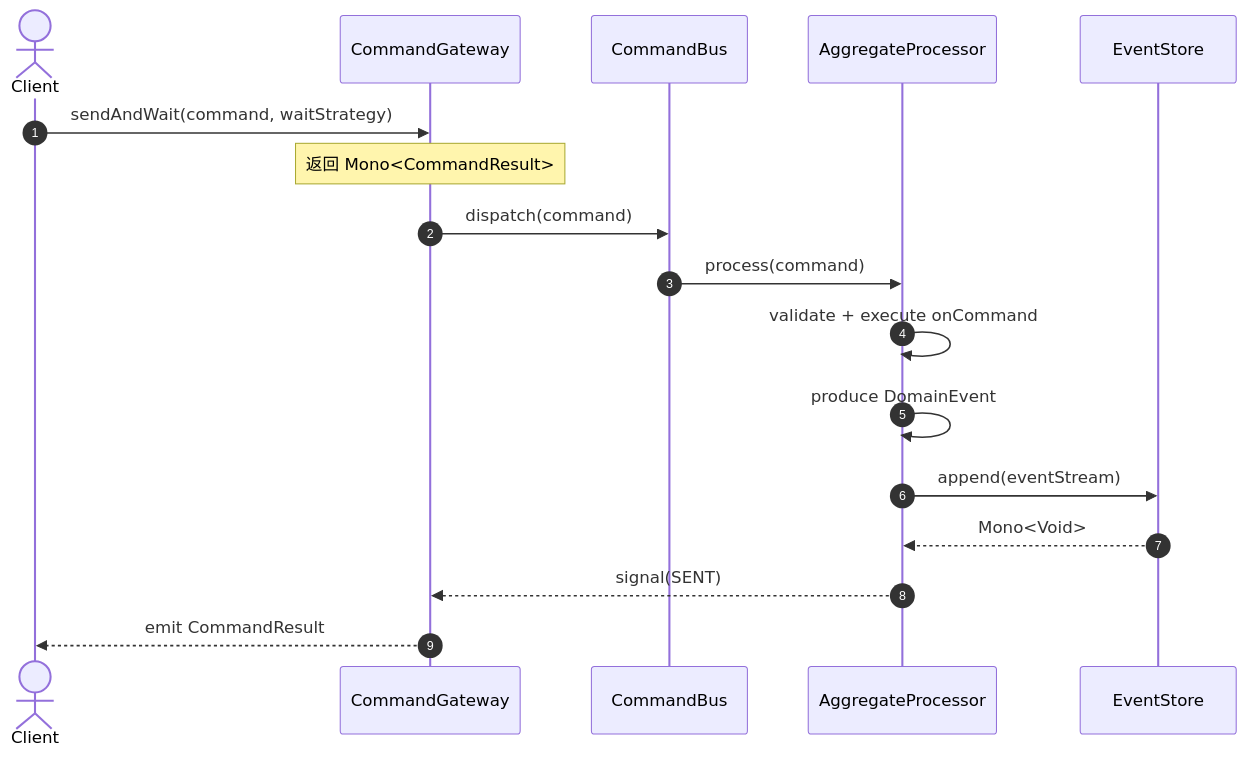
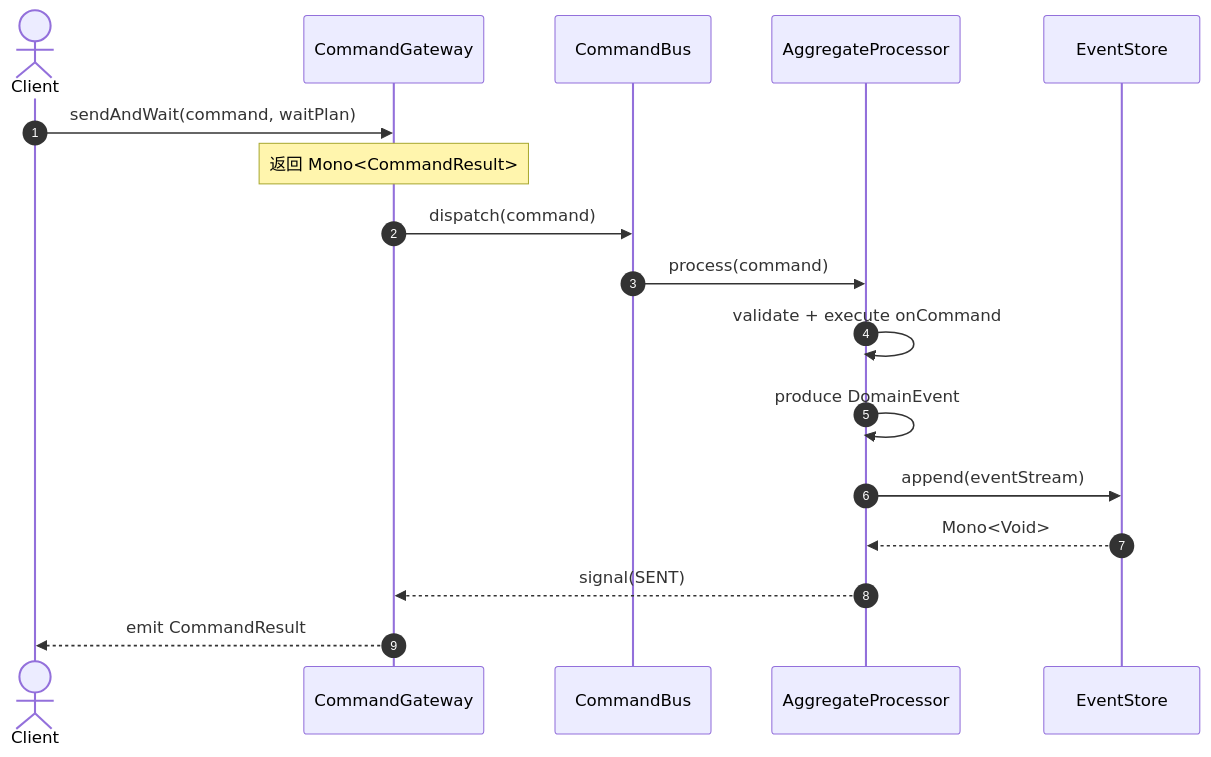
The second of 9 diagrams in documentation/docs/zh/onboarding/contributor-guide.md (Ahoo-Wang/Wow), drawn with Mermaid before and after one commit. The commit also changed other lines of this file and 128 other files, not shown here.

Commit message:
feat(core): remove wait strategy runtime

````diff
--- a/documentation/docs/zh/onboarding/contributor-guide.md
+++ b/documentation/docs/zh/onboarding/contributor-guide.md
@@ -95,20 +95,20 @@
 ```mermaid
 sequenceDiagram
     autonumber
     actor Client
     participant GW as CommandGateway
     participant CB as CommandBus
     participant AP as AggregateProcessor
     participant ES as EventStore
 
-    Client->>GW: sendAndWait(command, waitStrategy)
+    Client->>GW: sendAndWait(command, waitPlan)
     Note over GW: 返回 Mono<CommandResult>
     GW->>CB: dispatch(command)
     CB->>AP: process(command)
     AP->>AP: validate + execute onCommand
     AP->>AP: produce DomainEvent
     AP->>ES: append(eventStream)
     ES-->>AP: Mono<Void>
     AP-->>GW: signal(SENT)
     GW-->>Client: emit CommandResult
 ```
````
